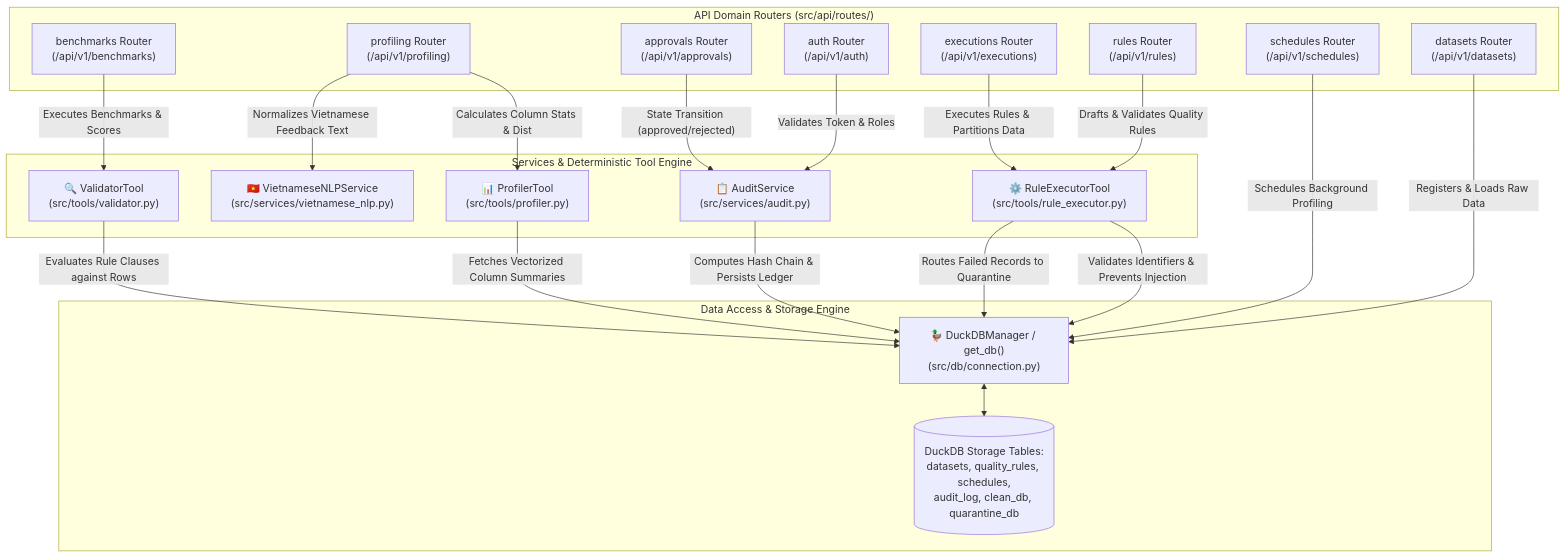
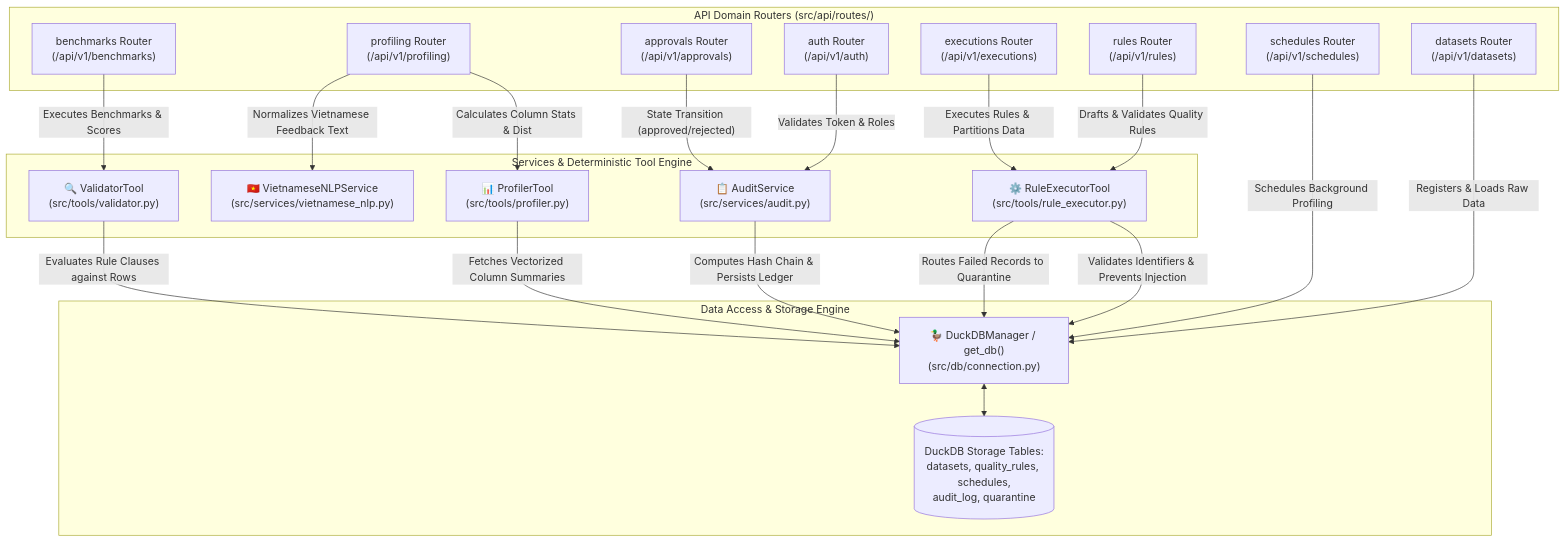
The third of 4 diagrams in docs/architecture/C4_MODEL.md (Dino1059/Phase2_VSF), drawn with Mermaid before and after one commit. The commit also changed other lines of this file and 3 other files, not shown here.

````diff
--- a/docs/architecture/C4_MODEL.md
+++ b/docs/architecture/C4_MODEL.md
@@ -129,44 +129,44 @@
 ```mermaid
 graph TD
     subgraph APIRouters["API Domain Routers (src/api/routes/)"]
         AuthRouter["auth Router<br/>(/api/v1/auth)"]
         DatasetsRouter["datasets Router<br/>(/api/v1/datasets)"]
         ProfilingRouter["profiling Router<br/>(/api/v1/profiling)"]
         RulesRouter["rules Router<br/>(/api/v1/rules)"]
         ApprovalsRouter["approvals Router<br/>(/api/v1/approvals)"]
         ExecutionsRouter["executions Router<br/>(/api/v1/executions)"]
         BenchmarksRouter["benchmarks Router<br/>(/api/v1/benchmarks)"]
         SchedulesRouter["schedules Router<br/>(/api/v1/schedules)"]
     end
 
     subgraph ServiceAndToolLayer["Services & Deterministic Tool Engine"]
         RuleExecTool["⚙️ RuleExecutorTool<br/>(src/tools/rule_executor.py)"]
         VietNLPService["🇻🇳 VietnameseNLPService<br/>(src/services/vietnamese_nlp.py)"]
         AuditSvc["📋 AuditService<br/>(src/services/audit.py)"]
         ProfilerTool["📊 ProfilerTool<br/>(src/tools/profiler.py)"]
         ValidatorTool["🔍 ValidatorTool<br/>(src/tools/validator.py)"]
     end
 
     subgraph DatabaseLayer["Data Access & Storage Engine"]
         DuckDBConn["🦆 DuckDBManager / get_db()<br/>(src/db/connection.py)"]
-        DuckDBTables[("DuckDB Storage Tables:<br/>datasets, quality_rules, schedules,<br/>audit_log, clean_db, quarantine_db")]
+        DuckDBTables[("DuckDB Storage Tables:<br/>datasets, quality_rules, schedules,<br/>audit_log, quarantine")]
     end
 
     AuthRouter -->|"Validates Token & Roles"| AuditSvc
     DatasetsRouter -->|"Registers & Loads Raw Data"| DuckDBConn
     ProfilingRouter -->|"Calculates Column Stats & Dist"| ProfilerTool
     RulesRouter -->|"Drafts & Validates Quality Rules"| RuleExecTool
     ApprovalsRouter -->|"State Transition (approved/rejected)"| AuditSvc
     ExecutionsRouter -->|"Executes Rules & Partitions Data"| RuleExecTool
     BenchmarksRouter -->|"Executes Benchmarks & Scores"| ValidatorTool
     SchedulesRouter -->|"Schedules Background Profiling"| DuckDBConn
 
     ProfilingRouter -->|"Normalizes Vietnamese Feedback Text"| VietNLPService
     RuleExecTool -->|"Validates Identifiers & Prevents Injection"| DuckDBConn
     RuleExecTool -->|"Routes Failed Records to Quarantine"| DuckDBConn
     AuditSvc -->|"Computes Hash Chain & Persists Ledger"| DuckDBConn
     ProfilerTool -->|"Fetches Vectorized Column Summaries"| DuckDBConn
     ValidatorTool -->|"Evaluates Rule Clauses against Rows"| DuckDBConn
 
     DuckDBConn <--> DuckDBTables
 ```
````
